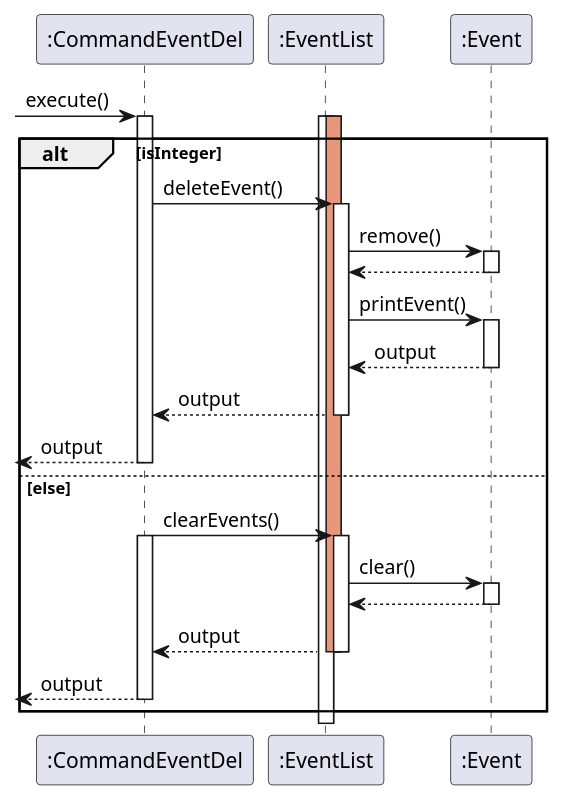
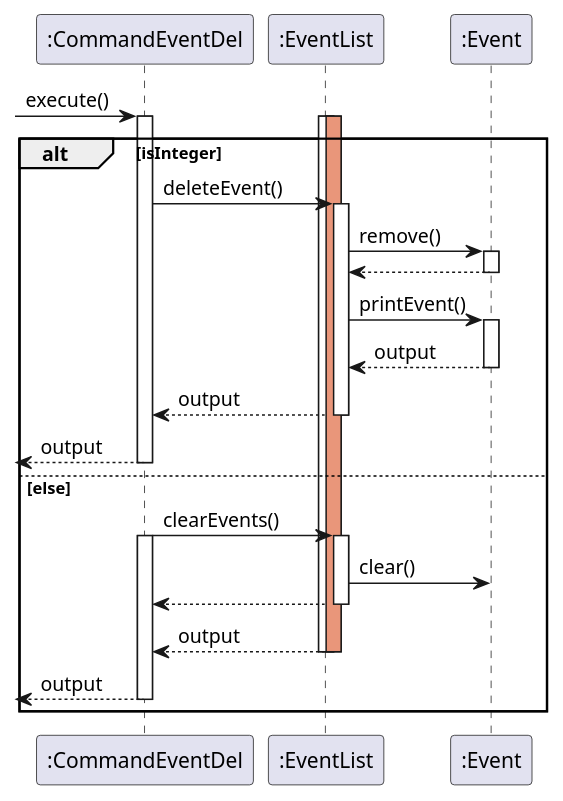
Before and after one commit to nus-cs2113-AY2021S1/tp: the diagram in docs/EventDiagram/SequenceDiagram/CommandEventDelete.puml, drawn with PlantUML. The commit also changed 12 other files, not shown here.

Commit message:
Updated Help command with new commands. Added overall Architecture for Event Updated UGDG

```diff
--- a/docs/EventDiagram/SequenceDiagram/CommandEventDelete.puml
+++ b/docs/EventDiagram/SequenceDiagram/CommandEventDelete.puml
@@ -1,30 +1,30 @@
 @startuml
 
  -> ":CommandEventDel": execute()
 activate ":CommandEventDel"
 activate ":EventList"
 activate ":EventList" #DarkSalmon
 alt isInteger
     ":CommandEventDel" -> ":EventList" : deleteEvent()
     activate ":EventList"
     ":EventList" -> ":Event": remove()
     activate ":Event"
     return
     ":EventList" -> ":Event" : printEvent()
    activate ":Event"
     return output
     return output
     return output
 else else
 ":CommandEventDel" -> ":EventList" : clearEvents()
  activate ":EventList"
  activate ":CommandEventDel"
  ":EventList" -> ":Event": clear()
- activate ":Event"
+
  return
  return output
  deactivate ":EventList"
  return output
  deactivate ":CommandEventDel"
 end
 @enduml
```
